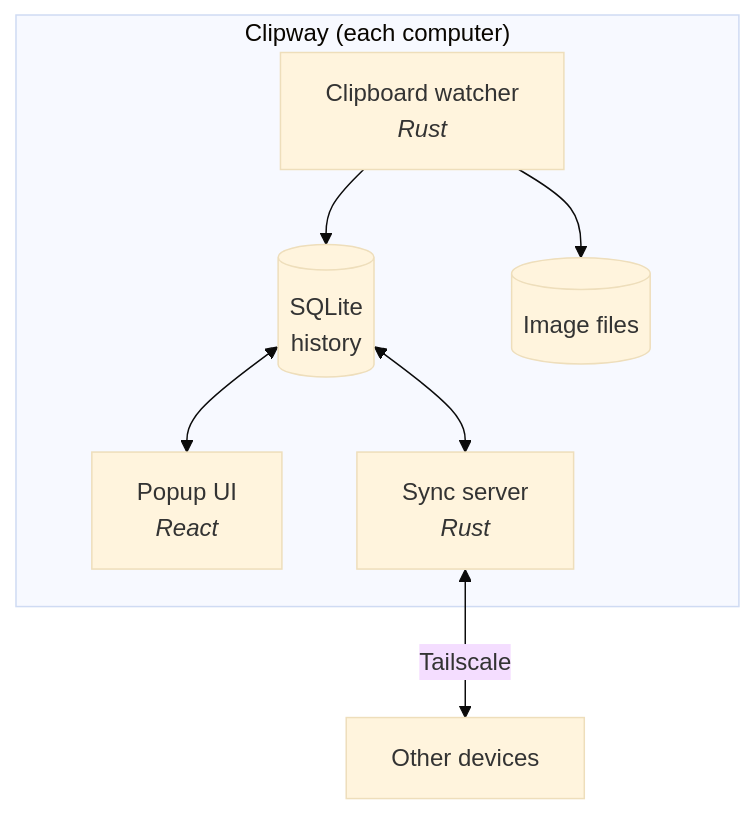
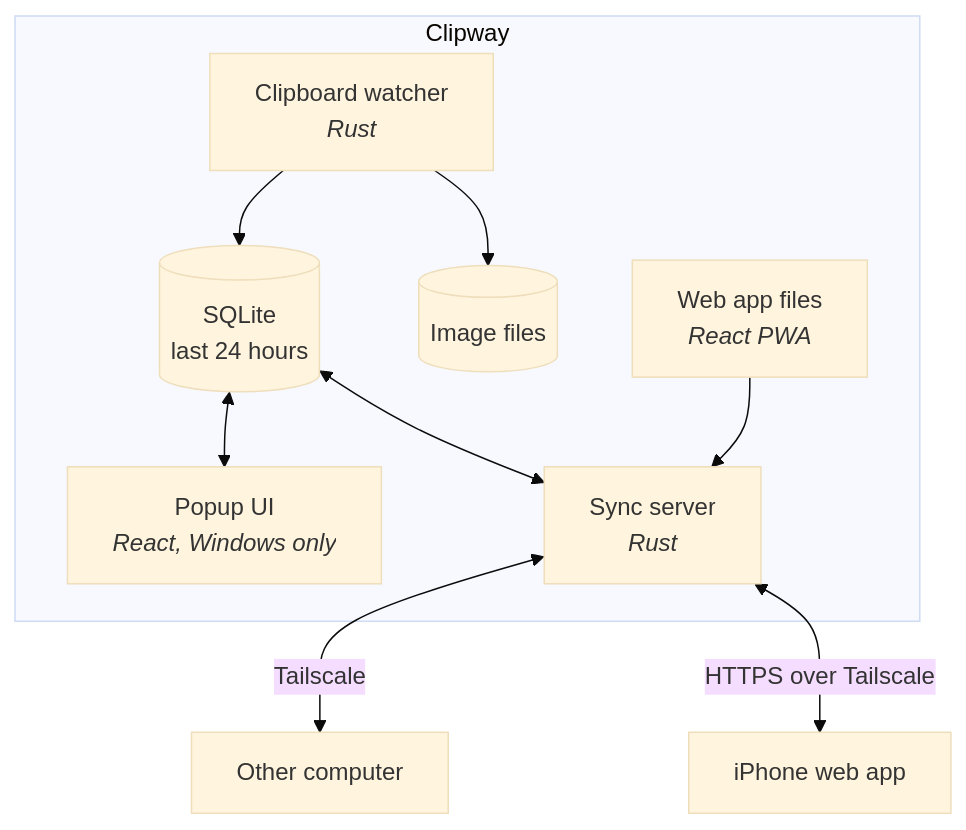
One commit to asytuyf/clipway changed the second of 2 diagrams in docs/ARCHITECTURE.md. Above: the diagram before and after it, drawn with Mermaid (base theme). The commit also changed other lines of this file and 3 other files, not shown here.

First line of the commit message:
Plan: Mac agent with Raycast UI, iPhone web app, 24-hour history

````diff
--- a/docs/ARCHITECTURE.md
+++ b/docs/ARCHITECTURE.md
@@ -5,17 +38,20 @@
 ```mermaid
 flowchart TB
-    subgraph app["Clipway (each computer)"]
+    subgraph core["Clipway"]
         watcher["Clipboard watcher<br/><i>Rust</i>"]
-        db[("SQLite<br/>history")]
+        db[("SQLite<br/>last 24 hours")]
         files[("Image files")]
-        ui["Popup UI<br/><i>React</i>"]
+        ui["Popup UI<br/><i>React, Windows only</i>"]
         sync["Sync server<br/><i>Rust</i>"]
+        web["Web app files<br/><i>React PWA</i>"]
 
         watcher --> db
         watcher --> files
         db <--> ui
         db <--> sync
+        web --> sync
     end
 
-    sync <-- "Tailscale" --> peer["Other devices"]
+    sync <-- "Tailscale" --> peer["Other computer"]
+    sync <-- "HTTPS over Tailscale" --> phone["iPhone web app"]
 ```
````
